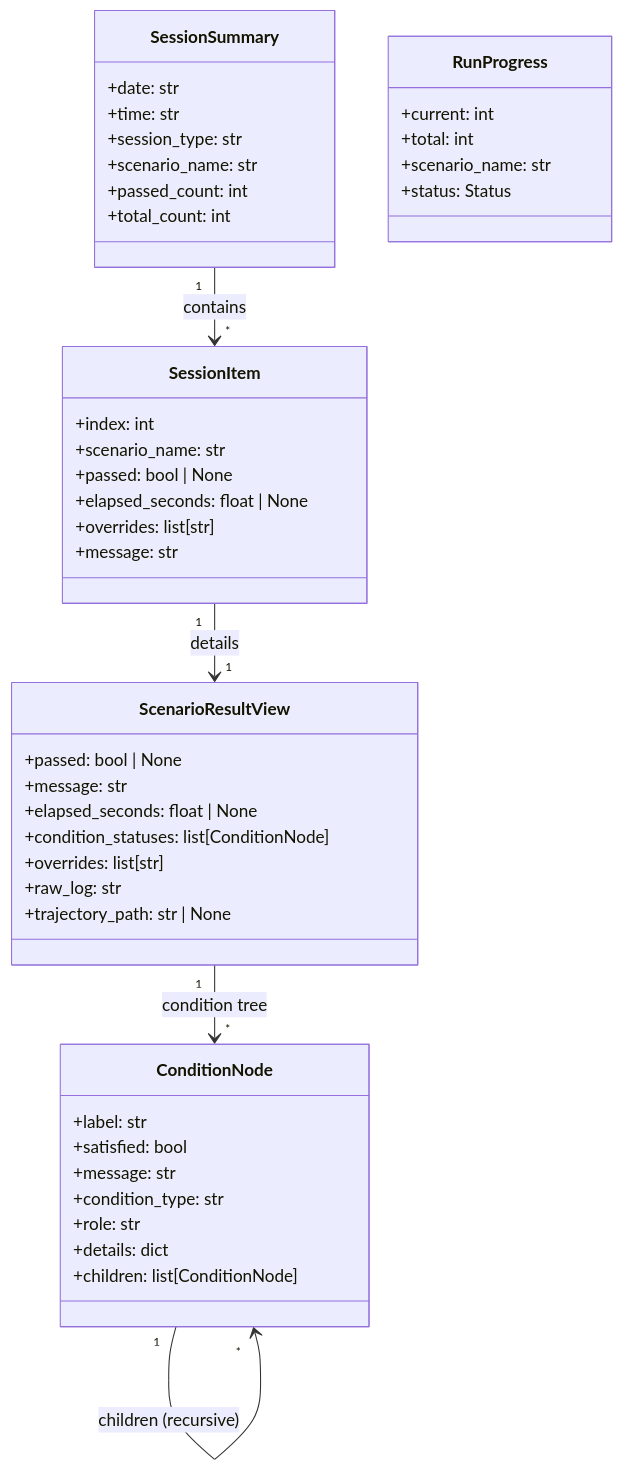
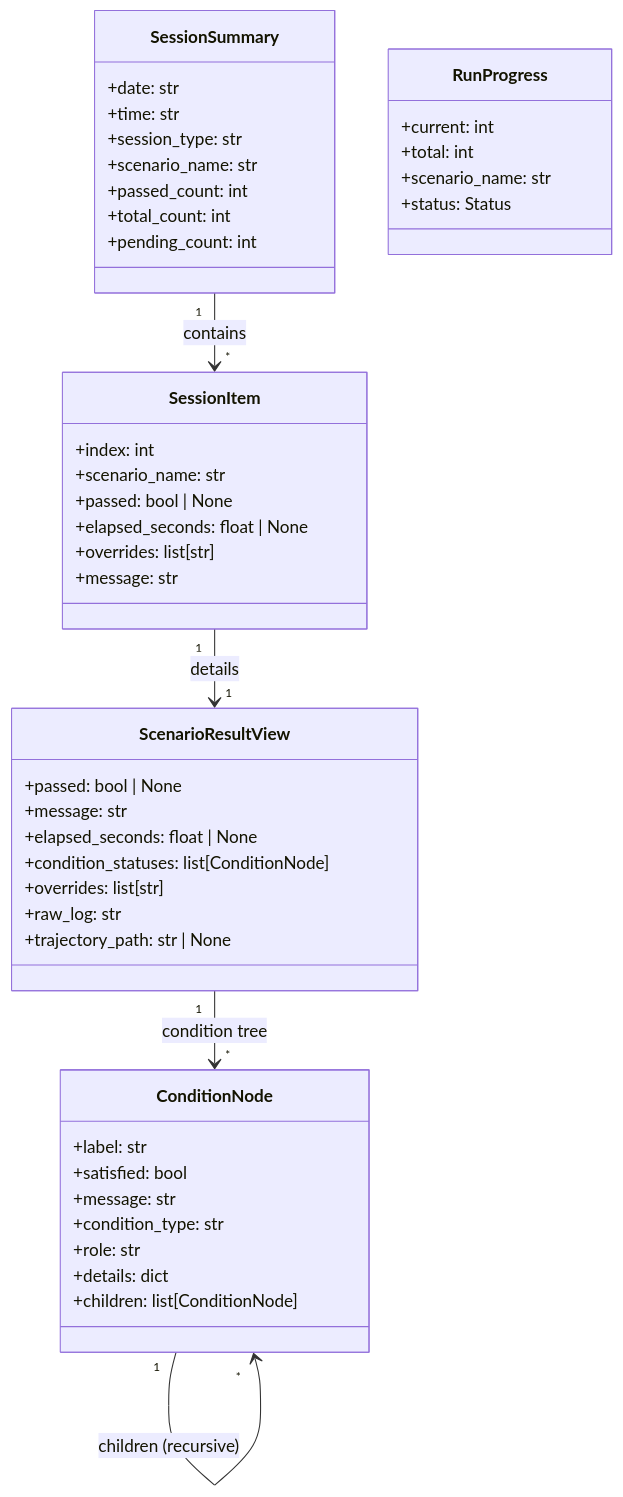
One commit to autowarefoundation/autoware_carla_scenario changed the eighth of 13 diagrams in autoware_carla_scenario/docs/architecture.md. Above: the diagram before and after it, drawn with Mermaid. The commit also changed 5 other files, not shown here.

````diff
--- a/autoware_carla_scenario/docs/architecture.md
+++ b/autoware_carla_scenario/docs/architecture.md
@@ -953,52 +953,53 @@
 ```mermaid
 classDiagram
     class SessionSummary {
         +date: str
         +time: str
         +session_type: str
         +scenario_name: str
         +passed_count: int
         +total_count: int
+        +pending_count: int
     }
 
     class SessionItem {
         +index: int
         +scenario_name: str
         +passed: bool | None
         +elapsed_seconds: float | None
         +overrides: list[str]
         +message: str
     }
 
     class ScenarioResultView {
         +passed: bool | None
         +message: str
         +elapsed_seconds: float | None
         +condition_statuses: list[ConditionNode]
         +overrides: list[str]
         +raw_log: str
         +trajectory_path: str | None
     }
 
     class ConditionNode {
         +label: str
         +satisfied: bool
         +message: str
         +condition_type: str
         +role: str
         +details: dict
         +children: list[ConditionNode]
     }
 
     class RunProgress {
         +current: int
         +total: int
         +scenario_name: str
         +status: Status
     }
 
     SessionSummary "1" --> "*" SessionItem : contains
     SessionItem "1" --> "1" ScenarioResultView : details
     ScenarioResultView "1" --> "*" ConditionNode : condition tree
     ConditionNode "1" --> "*" ConditionNode : children (recursive)
 ```
````
